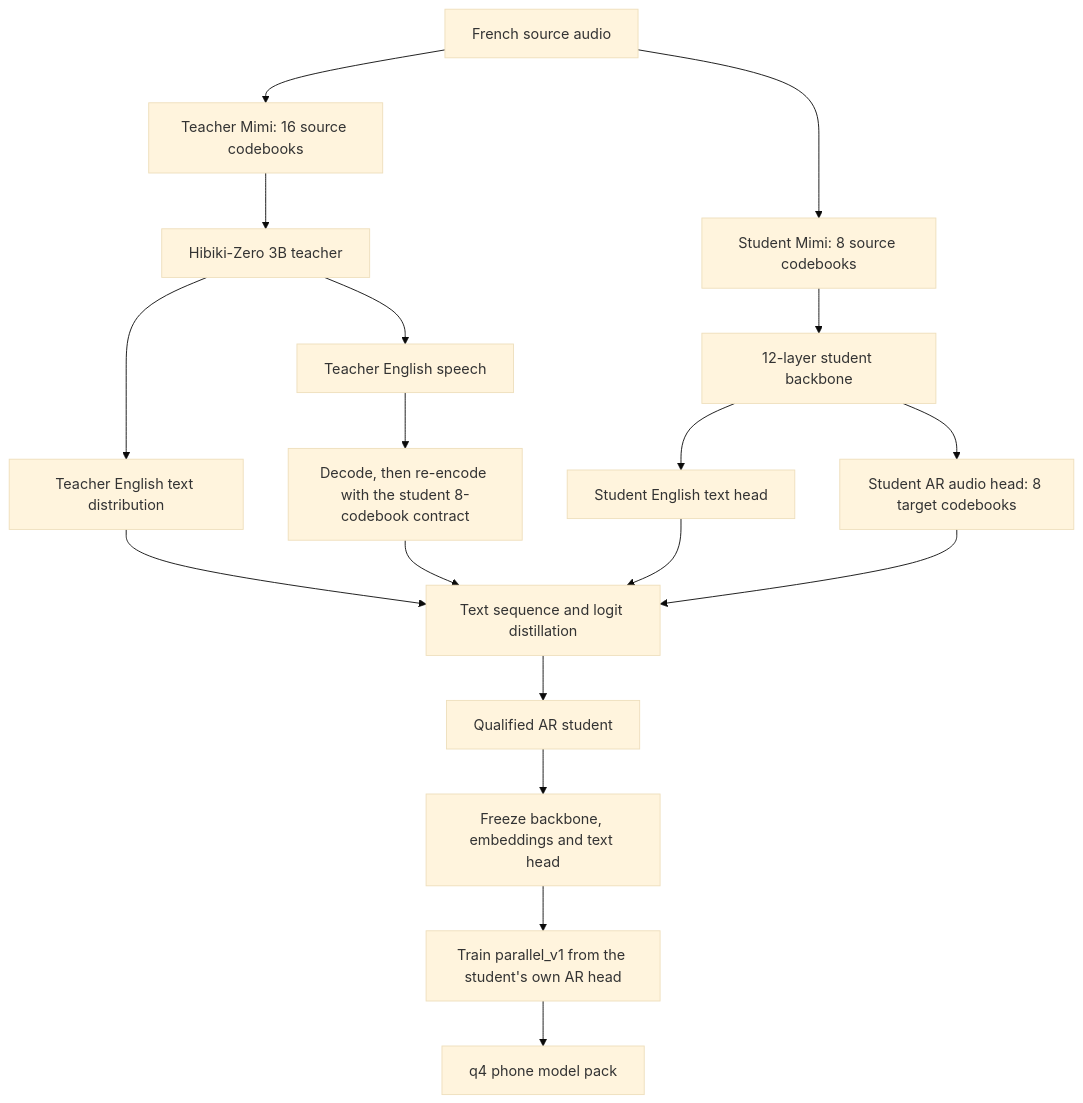
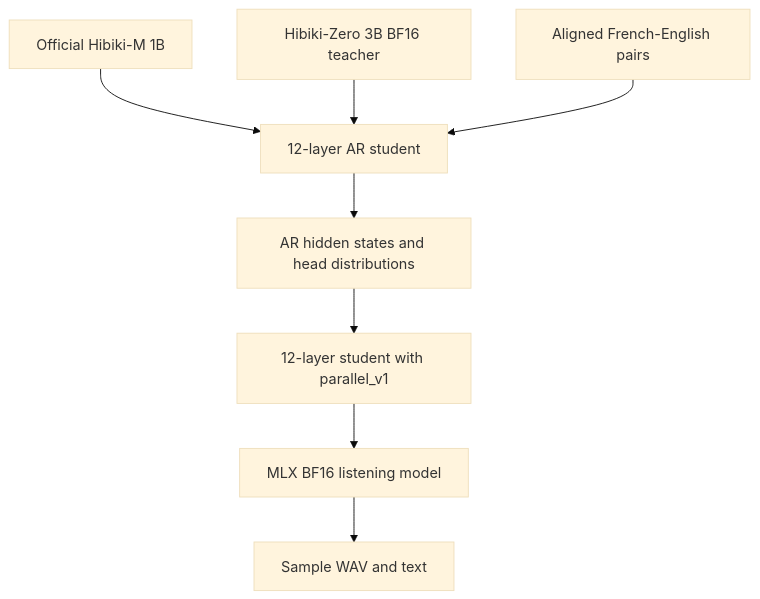
Before and after one commit to huybik/hibiki-zero-mlx: the first of 2 diagrams in docs/mobile_student_plan.md, drawn with Mermaid (base theme). The commit also changed other lines of this file and 27 other files, not shown here.

````diff
--- a/docs/mobile_student_plan.md
+++ b/docs/mobile_student_plan.md
@@ -151,25 +41,19 @@
 ```mermaid
 flowchart TD
-    AUDIO[French source audio]
+    PARENT[Official Hibiki-M 1B]
+    TEACHER[Hibiki-Zero 3B BF16 teacher]
+    DATA[Aligned French-English pairs]
+    AR[12-layer AR student]
+    CAPTURE[AR hidden states and head distributions]
+    PARALLEL[12-layer student with parallel_v1]
+    BF16[MLX BF16 listening model]
+    SAMPLE[Sample WAV and text]
 
-    AUDIO --> TENC[Teacher Mimi: 16 source codebooks]
-    TENC --> TEACHER[Hibiki-Zero 3B teacher]
-    TEACHER --> TTEXT[Teacher English text distribution]
-    TEACHER --> TWAV[Teacher English speech]
-
-    AUDIO --> SENC[Student Mimi: 8 source codebooks]
-    SENC --> STUDENT[12-layer student backbone]
-    STUDENT --> STEXT[Student English text head]
-    STUDENT --> AR[Student AR audio head: 8 target codebooks]
-
-    TTEXT --> KD[Text sequence and logit distillation]
-    TWAV --> REENC[Decode, then re-encode with the student 8-codebook contract]
-    REENC --> KD
-    STEXT --> KD
-    AR --> KD
-
-    KD --> QUALIFIED[Qualified AR student]
-    QUALIFIED --> FREEZE[Freeze backbone, embeddings and text head]
-    FREEZE --> PAR[Train parallel_v1 from the student's own AR head]
-    PAR --> Q4[q4 phone model pack]
+    PARENT --> AR
+    TEACHER --> AR
+    DATA --> AR
+    AR --> CAPTURE
+    CAPTURE --> PARALLEL
+    PARALLEL --> BF16
+    BF16 --> SAMPLE
 ```
````
